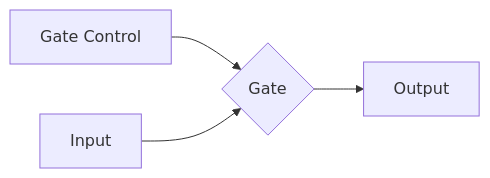
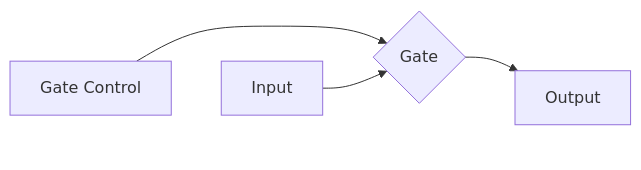
Before and after one commit to MMMaellon/VRChatTutorial: the diagram in docs/1. Code Basics/2. Rock Unga Bunga.md, drawn with Mermaid. The commit also changed other lines of this file, not shown here.

````diff
--- a/docs/1. Code Basics/2. Rock Unga Bunga.md
+++ b/docs/1. Code Basics/2. Rock Unga Bunga.md
@@ -21,5 +21,7 @@
 ```mermaid
 flowchart LR
   D[Gate Control] --> B{Gate};
   A[Input] --> B --> C[Output];
+  D ~~~ A;
+  D ~~~ C;
 ```
````
